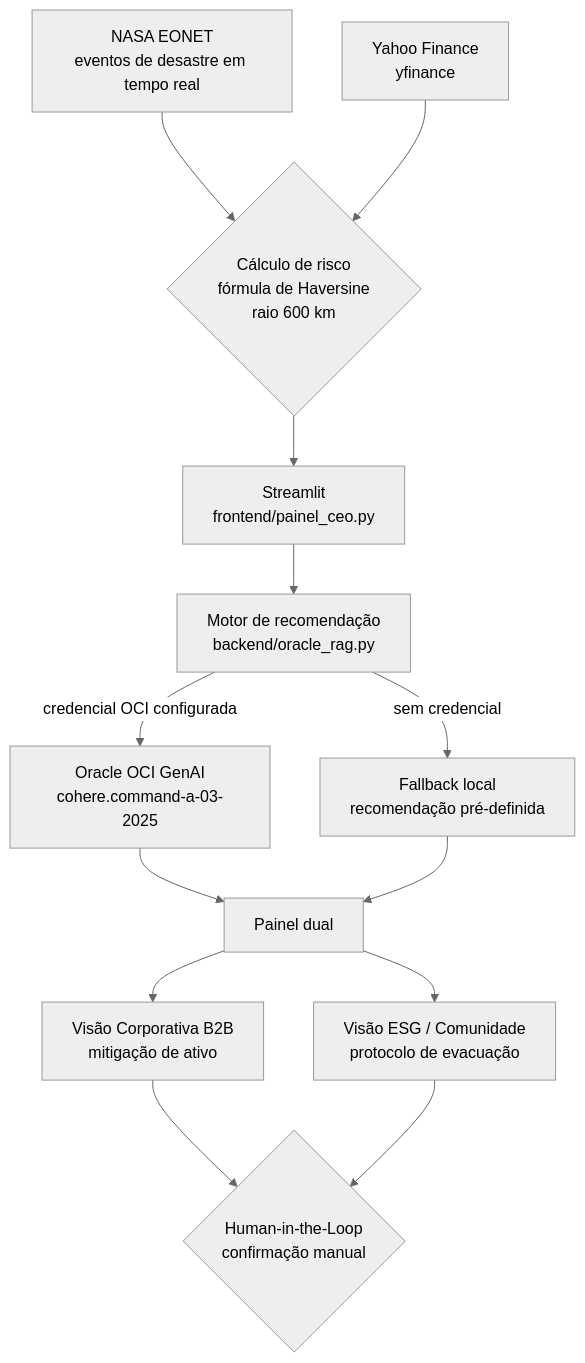
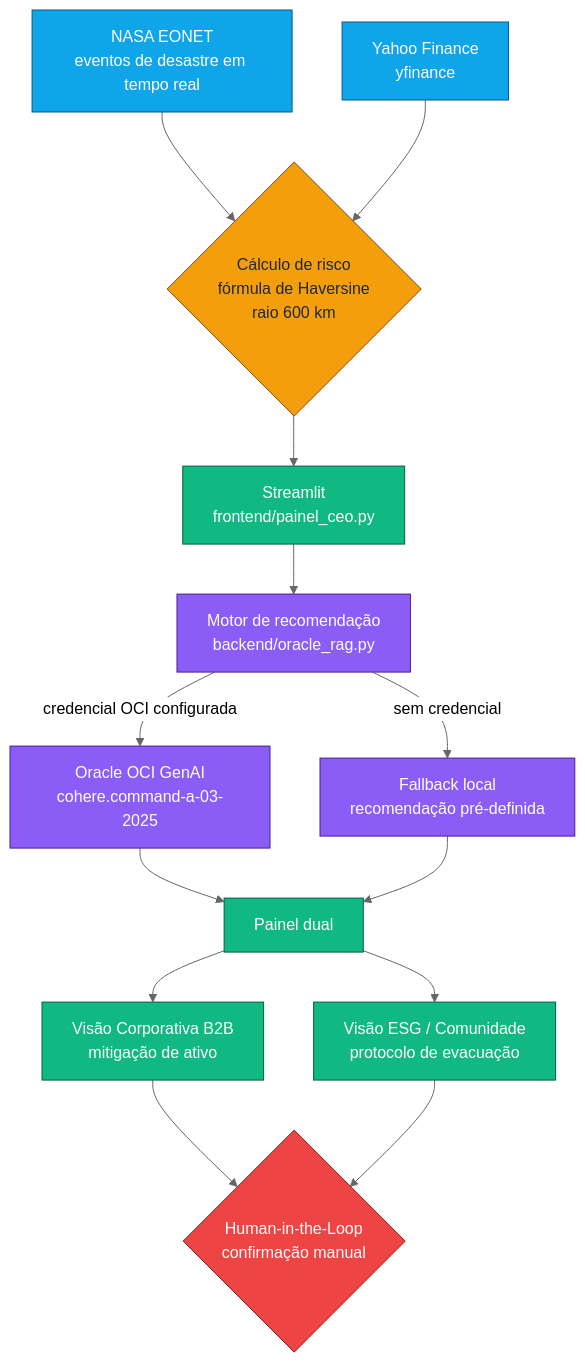
The second of 3 diagrams in README.md (LeonardoGMendoza/aplicativo-geo-capital-engine-v3), drawn with Mermaid (neutral theme) before and after one commit. The commit also changed other lines of this file and 9 other files, not shown here.

````diff
--- a/README.md
+++ b/README.md
@@ -103,15 +199,26 @@
 ```mermaid
 flowchart TD
     A[NASA EONET<br/>eventos de desastre em tempo real] --> C{Cálculo de risco<br/>fórmula de Haversine<br/>raio 600 km}
     B[Yahoo Finance<br/>yfinance] --> C
     C --> D[Streamlit<br/>frontend/painel_ceo.py]
     D --> E[Motor de recomendação<br/>backend/oracle_rag.py]
     E -->|credencial OCI configurada| F[Oracle OCI GenAI<br/>cohere.command-a-03-2025]
     E -->|sem credencial| G[Fallback local<br/>recomendação pré-definida]
     F --> H[Painel dual]
     G --> H
     H --> I[Visão Corporativa B2B<br/>mitigação de ativo]
     H --> J[Visão ESG / Comunidade<br/>protocolo de evacuação]
     I --> K{Human-in-the-Loop<br/>confirmação manual}
     J --> K
+
+    classDef fonte fill:#0ea5e9,stroke:#075985,color:#ffffff
+    classDef calc fill:#f59e0b,stroke:#92400e,color:#1f2937
+    classDef app fill:#10b981,stroke:#065f46,color:#ffffff
+    classDef ia fill:#8b5cf6,stroke:#4c1d95,color:#ffffff
+    classDef humano fill:#ef4444,stroke:#7f1d1d,color:#ffffff
+    class A,B fonte
+    class C calc
+    class D,H,I,J app
+    class E,F,G ia
+    class K humano
 ```
````
